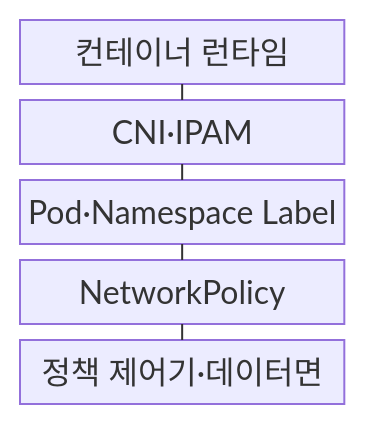
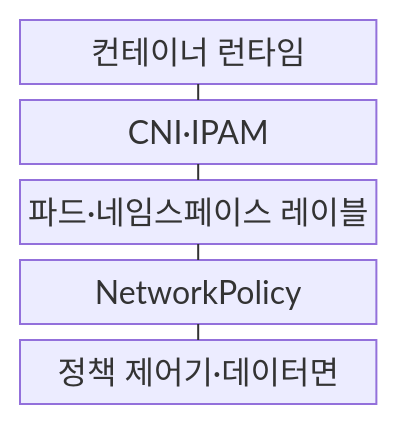
Before and after one commit to agnusdei1207/knowledge-base: the first of 2 diagrams in src/content/docs/notes/03-software/156_kubernetes_networkpolicy_cni.md, drawn with Mermaid. The commit also changed other lines of this file and 20 other files, not shown here.

````diff
--- a/src/content/docs/notes/03-software/156_kubernetes_networkpolicy_cni.md
+++ b/src/content/docs/notes/03-software/156_kubernetes_networkpolicy_cni.md
@@ -55,13 +58,13 @@
 ```mermaid
-block-beta
+block
     columns 1
     A["컨테이너 런타임"]
     B["CNI·IPAM"]
-    C["Pod·Namespace Label"]
+    C["파드·네임스페이스 레이블"]
     D["NetworkPolicy"]
     E["정책 제어기·데이터면"]
     A --- B
     B --- C
     C --- D
     D --- E
 ```
````
